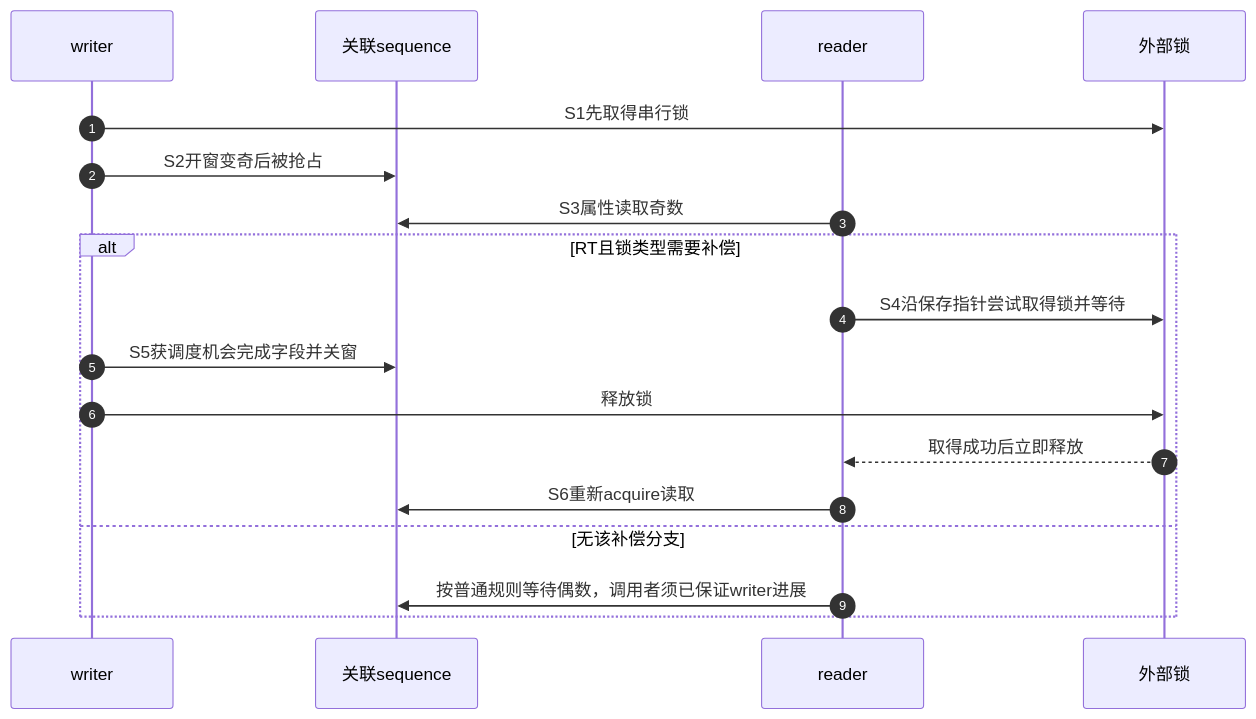
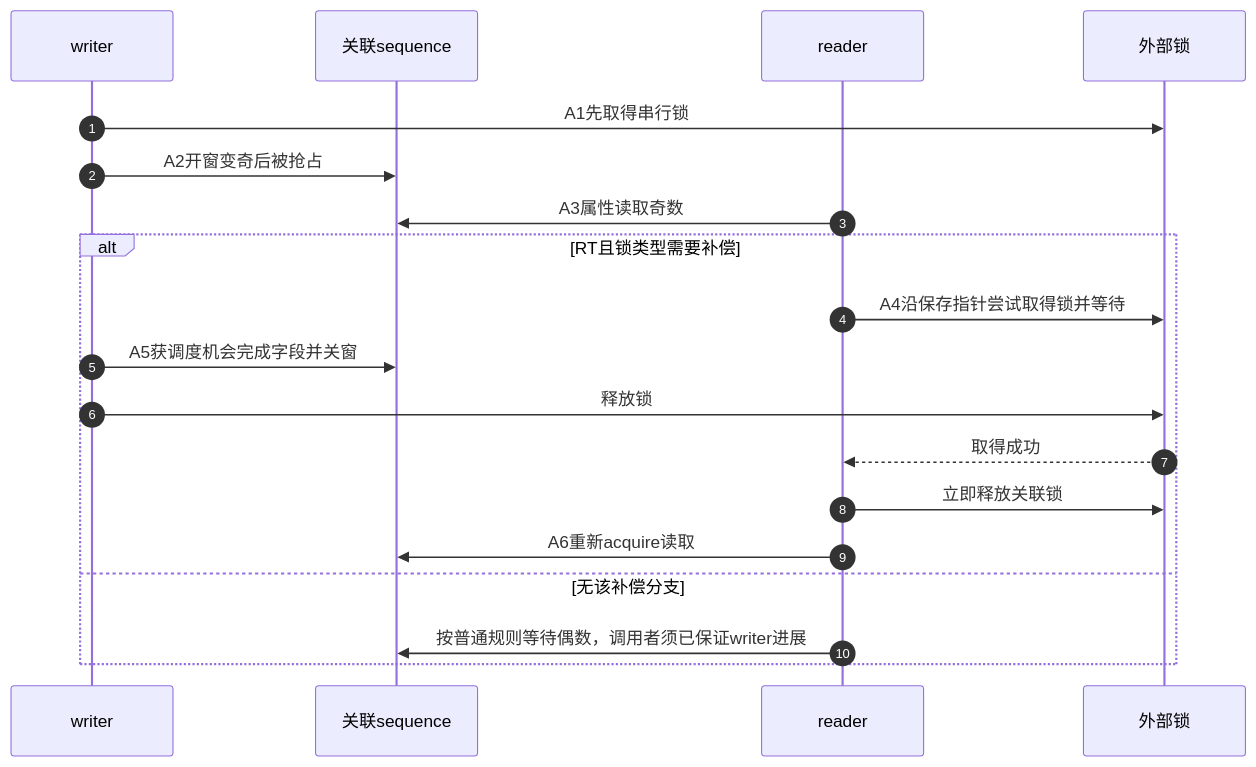
One commit to FormingSystem/linux_note changed the third of 3 diagrams in research/source_reading/sequence_counters/navigation/P02_Linux_6.12_seqcount与seqlock模块源码概念导读.md. Above: the diagram before and after it, drawn with Mermaid. The commit also changed other lines of this file and 11 other files, not shown here.

````diff
--- a/research/source_reading/sequence_counters/navigation/P02_Linux_6.12_seqcount与seqlock模块源码概念导读.md
+++ b/research/source_reading/sequence_counters/navigation/P02_Linux_6.12_seqcount与seqlock模块源码概念导读.md
@@ -78,20 +80,21 @@
 ```mermaid
 sequenceDiagram
     autonumber
     participant W as writer
     participant S as 关联sequence
     participant R as reader
     participant L as 外部锁
-    W->>L: S1先取得串行锁
-    W->>S: S2开窗变奇后被抢占
-    R->>S: S3属性读取奇数
+    W->>L: A1先取得串行锁
+    W->>S: A2开窗变奇后被抢占
+    R->>S: A3属性读取奇数
     alt RT且锁类型需要补偿
-        R->>L: S4沿保存指针尝试取得锁并等待
-        W->>S: S5获调度机会完成字段并关窗
+        R->>L: A4沿保存指针尝试取得锁并等待
+        W->>S: A5获调度机会完成字段并关窗
         W->>L: 释放锁
-        L-->>R: 取得成功后立即释放
-        R->>S: S6重新acquire读取
+        L-->>R: 取得成功
+        R->>L: 立即释放关联锁
+        R->>S: A6重新acquire读取
     else 无该补偿分支
         R->>S: 按普通规则等待偶数，调用者须已保证writer进展
     end
 ```
````
